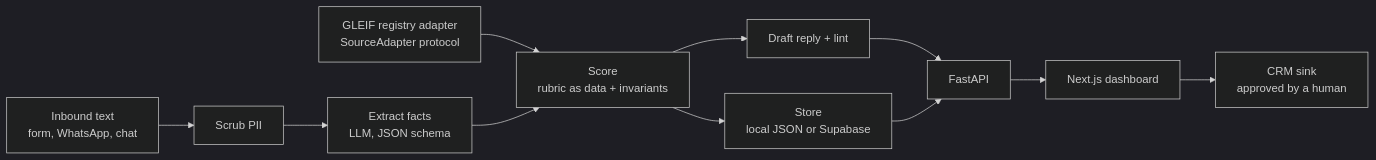
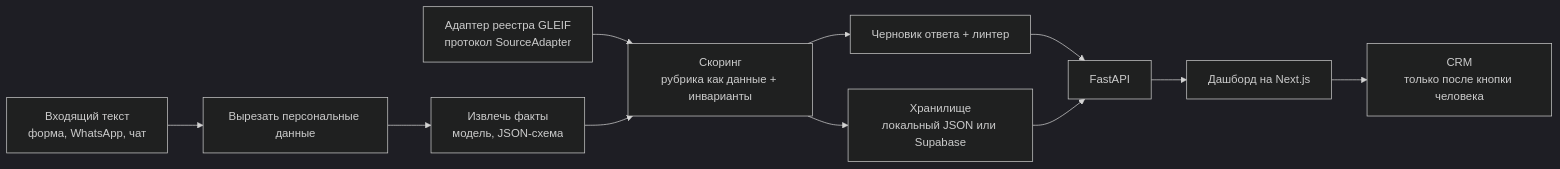
One commit to greenflac/lead_centre changed the diagram in README.md. Above: the diagram before and after it, drawn with Mermaid (dark theme). The commit also changed other lines of this file and 50 other files, not shown here.

````diff
--- a/README.md
+++ b/README.md
@@ -75,13 +127,13 @@
 ```mermaid
 flowchart LR
-    A["Inbound text<br/>form, WhatsApp, chat"] --> S["Scrub PII"]
-    B["GLEIF registry adapter<br/>SourceAdapter protocol"] --> E["Score<br/>rubric as data + invariants"]
-    S --> X["Extract facts<br/>LLM, JSON schema"]
+    A["Входящий текст<br/>форма, WhatsApp, чат"] --> S["Вырезать персональные данные"]
+    B["Адаптер реестра GLEIF<br/>протокол SourceAdapter"] --> E["Скоринг<br/>рубрика как данные + инварианты"]
+    S --> X["Извлечь факты<br/>модель, JSON-схема"]
     X --> E
-    E --> D["Draft reply + lint"]
-    E --> ST["Store<br/>local JSON or Supabase"]
+    E --> D["Черновик ответа + линтер"]
+    E --> ST["Хранилище<br/>локальный JSON или Supabase"]
     D --> API["FastAPI"]
     ST --> API
-    API --> UI["Next.js dashboard"]
-    UI --> CRM["CRM sink<br/>approved by a human"]
+    API --> UI["Дашборд на Next.js"]
+    UI --> CRM["CRM<br/>только после кнопки человека"]
 ```
````
